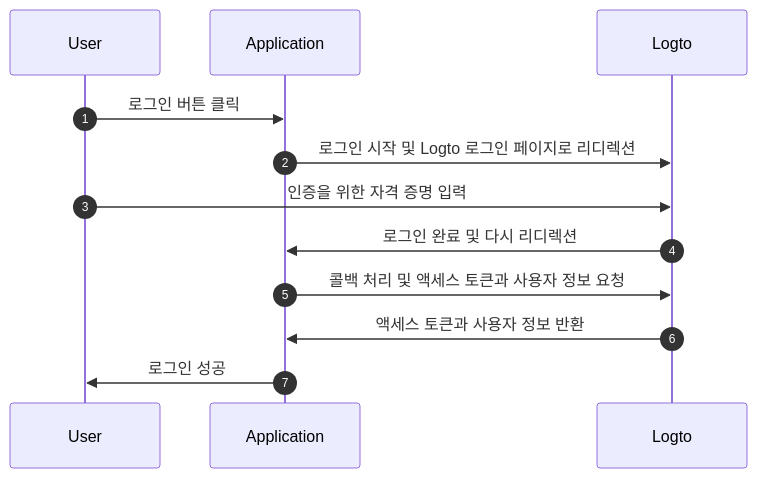
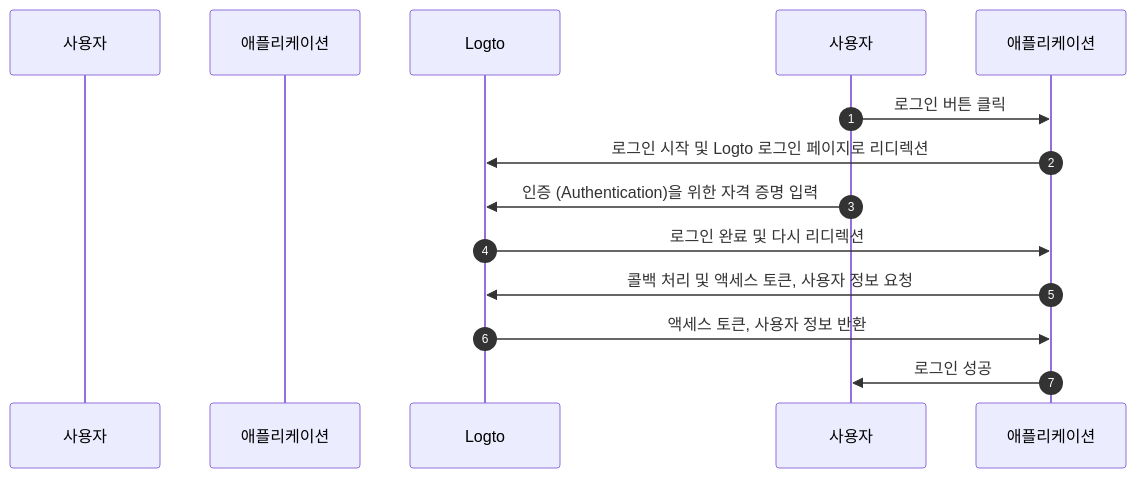
One commit to logto-io/docs changed the first of 4 diagrams in i18n/ko/docusaurus-plugin-content-docs/current/integrate-logto/integrate-logto-into-your-application/understand-authentication-flow.mdx. Above: the diagram before and after it, drawn with Mermaid. The commit also changed other lines of this file and 44 other files, not shown here.

````diff
--- a/i18n/ko/docusaurus-plugin-content-docs/current/integrate-logto/integrate-logto-into-your-application/understand-authentication-flow.mdx
+++ b/i18n/ko/docusaurus-plugin-content-docs/current/integrate-logto/integrate-logto-into-your-application/understand-authentication-flow.mdx
@@ -14,15 +14,15 @@
 ```mermaid
 sequenceDiagram
     autonumber
-    participant User
-    participant Application
+    participant User as 사용자
+    participant Application as 애플리케이션
     participant Logto
 
-    User->>Application: 로그인 버튼 클릭
-    Application->>Logto: 로그인 시작 및 Logto 로그인 페이지로 리디렉션
-    User->>Logto: 인증을 위한 자격 증명 입력
-    Logto->>Application: 로그인 완료 및 다시 리디렉션
-    Application->>Logto: 콜백 처리 및 액세스 토큰과 사용자 정보 요청
-    Logto->>Application: 액세스 토큰과 사용자 정보 반환
-    Application->>User: 로그인 성공
+    사용자->>애플리케이션: 로그인 버튼 클릭
+    애플리케이션->>Logto: 로그인 시작 및 Logto 로그인 페이지로 리디렉션
+    사용자->>Logto: 인증 (Authentication)을 위한 자격 증명 입력
+    Logto->>애플리케이션: 로그인 완료 및 다시 리디렉션
+    애플리케이션->>Logto: 콜백 처리 및 액세스 토큰, 사용자 정보 요청
+    Logto->>애플리케이션: 액세스 토큰, 사용자 정보 반환
+    애플리케이션->>사용자: 로그인 성공
 ```
````
